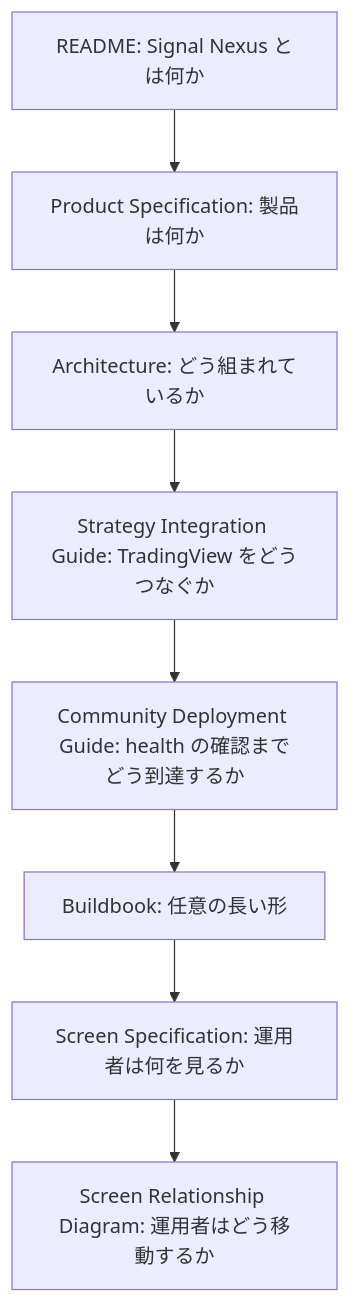
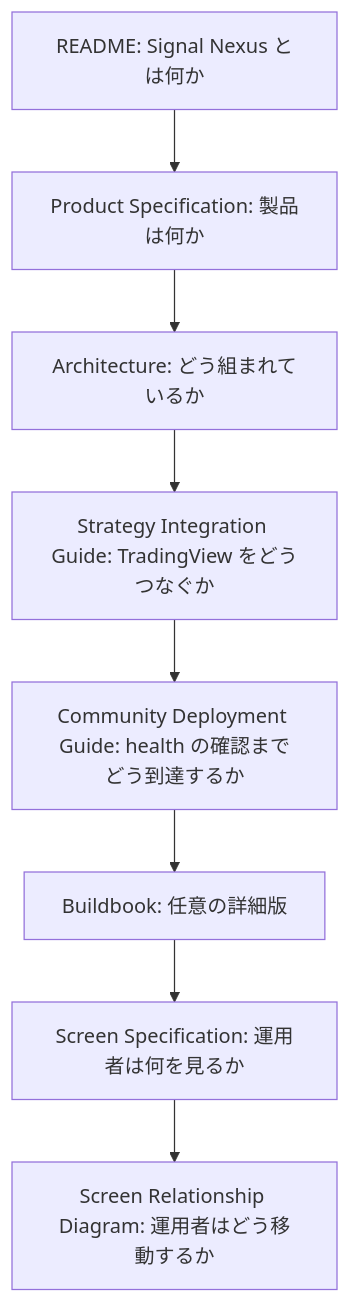
The second of 2 diagrams in docs/DOCUMENTATION_STRUCTURE_JA.md (SignalNexus/signal-nexus), drawn with Mermaid before and after one commit. The commit also changed other lines of this file and 3 other files, not shown here.

````diff
--- a/docs/DOCUMENTATION_STRUCTURE_JA.md
+++ b/docs/DOCUMENTATION_STRUCTURE_JA.md
@@ -162,10 +162,10 @@
 ```mermaid
 graph TD
   README["README: Signal Nexus とは何か"] --> ProductSpecification["Product Specification: 製品は何か"]
   ProductSpecification --> Architecture["Architecture: どう組まれているか"]
   Architecture --> StrategyIntegrationGuide["Strategy Integration Guide: TradingView をどうつなぐか"]
   StrategyIntegrationGuide --> CommunityDeploymentGuide["Community Deployment Guide: health の確認までどう到達するか"]
-  CommunityDeploymentGuide --> Buildbook["Buildbook: 任意の長い形"]
+  CommunityDeploymentGuide --> Buildbook["Buildbook: 任意の詳細版"]
   Buildbook --> ScreenSpecification["Screen Specification: 運用者は何を見るか"]
   ScreenSpecification --> ScreenRelationshipDiagram["Screen Relationship Diagram: 運用者はどう移動するか"]
 ```
````
